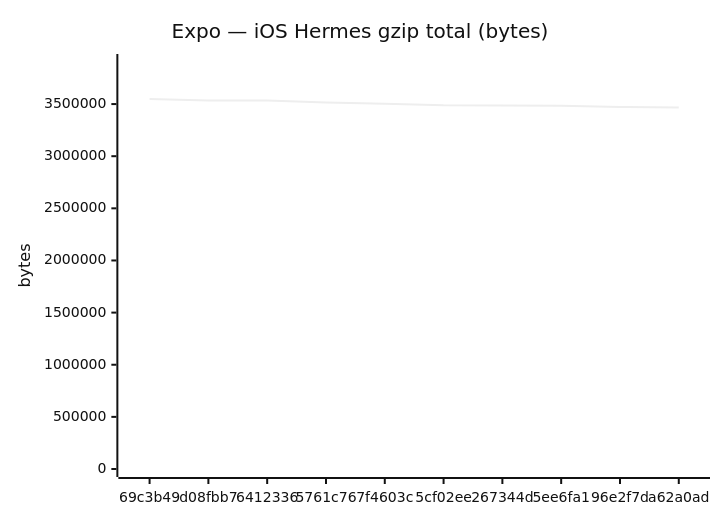
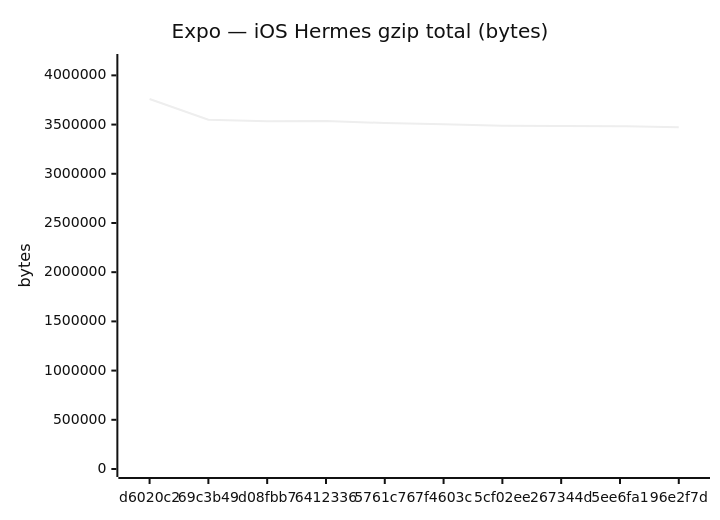
The sixth of 18 diagrams in benchmarks/compare.md (Metaheurist/Rianell), drawn with Mermaid (neutral theme) before and after one commit. The commit also changed other lines of this file and 11 other files, not shown here.

````diff
--- a/benchmarks/compare.md
+++ b/benchmarks/compare.md
@@ -96,7 +96,7 @@
 ```mermaid
 xychart-beta
     title "Expo — iOS Hermes gzip total (bytes)"
-    x-axis ["69c3b49", "d08fbb7", "6412336", "5761c76", "7f4603c", "5cf02ee", "267344d", "5ee6fa1", "96e2f7d", "a62a0ad"]
-    y-axis "bytes" 0 --> 3903463
-    line [3548602, 3534279, 3535273, 3515861, 3502937, 3488256, 3486228, 3483393, 3471867, 3466755]
+    x-axis ["d6020c2", "69c3b49", "d08fbb7", "6412336", "5761c76", "7f4603c", "5cf02ee", "267344d", "5ee6fa1", "96e2f7d"]
+    y-axis "bytes" 0 --> 4135860
+    line [3759872, 3548602, 3534279, 3535273, 3515861, 3502937, 3488256, 3486228, 3483393, 3471867]
 ```
````
